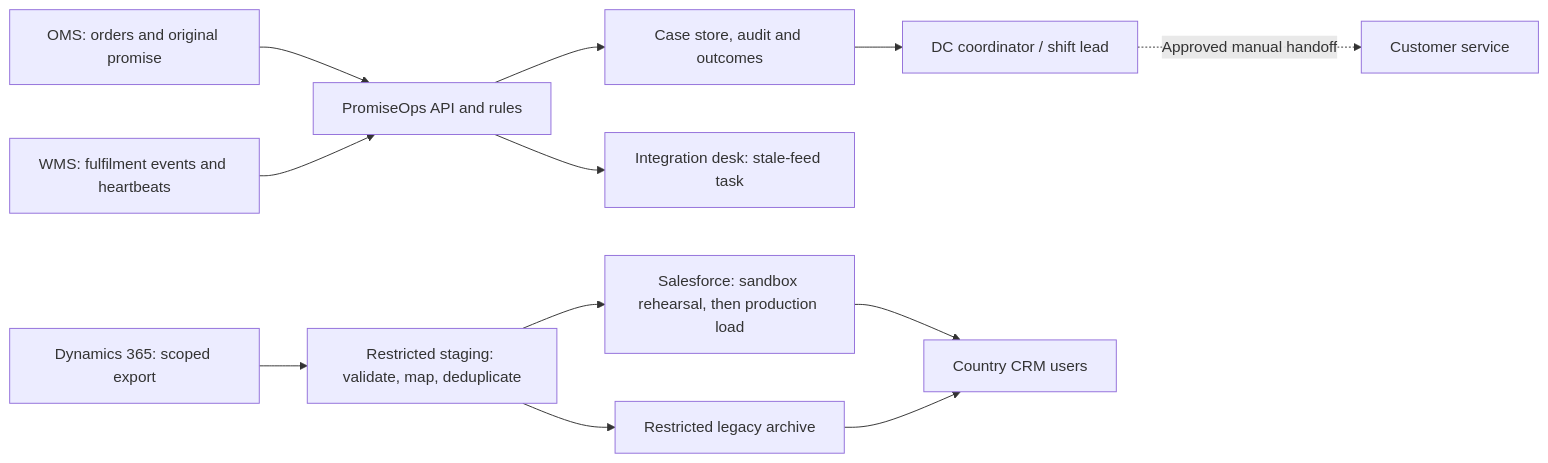
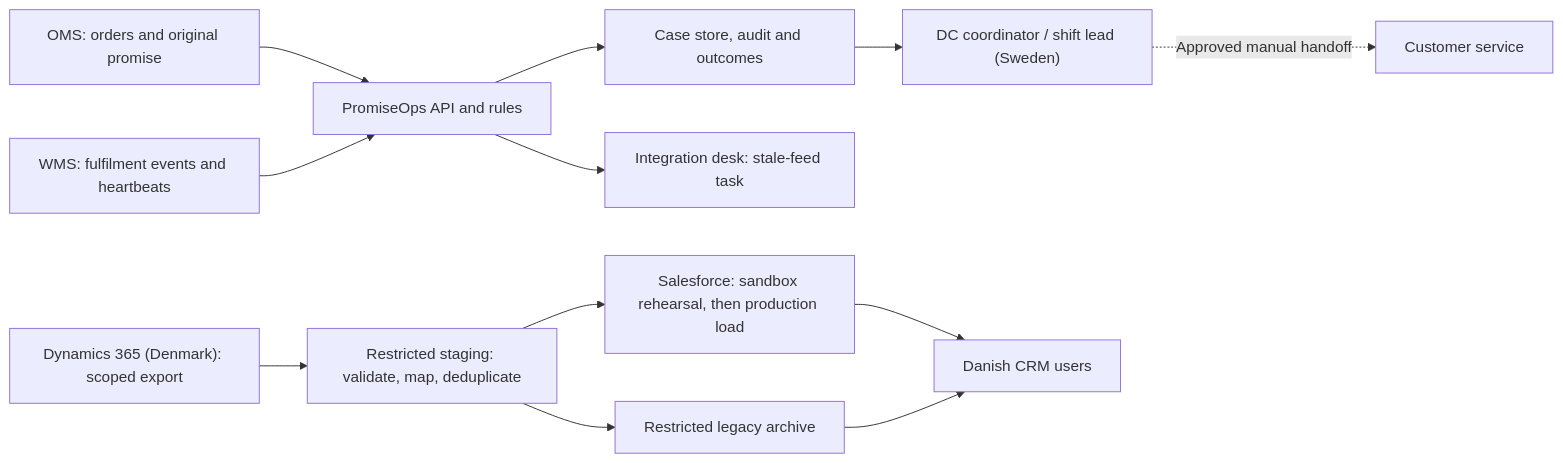
One commit to HuyVu12/promiseops changed the diagram in docs/continuity/README.md. Above: the diagram before and after it, drawn with Mermaid. The commit also changed other lines of this file and 1 other file, not shown here.

````diff
--- a/docs/continuity/README.md
+++ b/docs/continuity/README.md
@@ -46,14 +92,14 @@
 ```mermaid
 flowchart LR
   OMS["OMS: orders and original promise"] --> PO["PromiseOps API and rules"]
   WMS["WMS: fulfilment events and heartbeats"] --> PO
   PO --> Store["Case store, audit and outcomes"]
-  Store --> DC["DC coordinator / shift lead"]
+  Store --> DC["DC coordinator / shift lead (Sweden)"]
   PO --> Support["Integration desk: stale-feed task"]
   DC -. "Approved manual handoff" .-> CS["Customer service"]
-  Dyn["Dynamics 365: scoped export"] --> Stage["Restricted staging: validate, map, deduplicate"]
+  Dyn["Dynamics 365 (Denmark): scoped export"] --> Stage["Restricted staging: validate, map, deduplicate"]
   Stage --> SF["Salesforce: sandbox rehearsal, then production load"]
   Stage --> Archive["Restricted legacy archive"]
-  SF --> Users["Country CRM users"]
+  SF --> Users["Danish CRM users"]
   Archive --> Users
 ```
````
